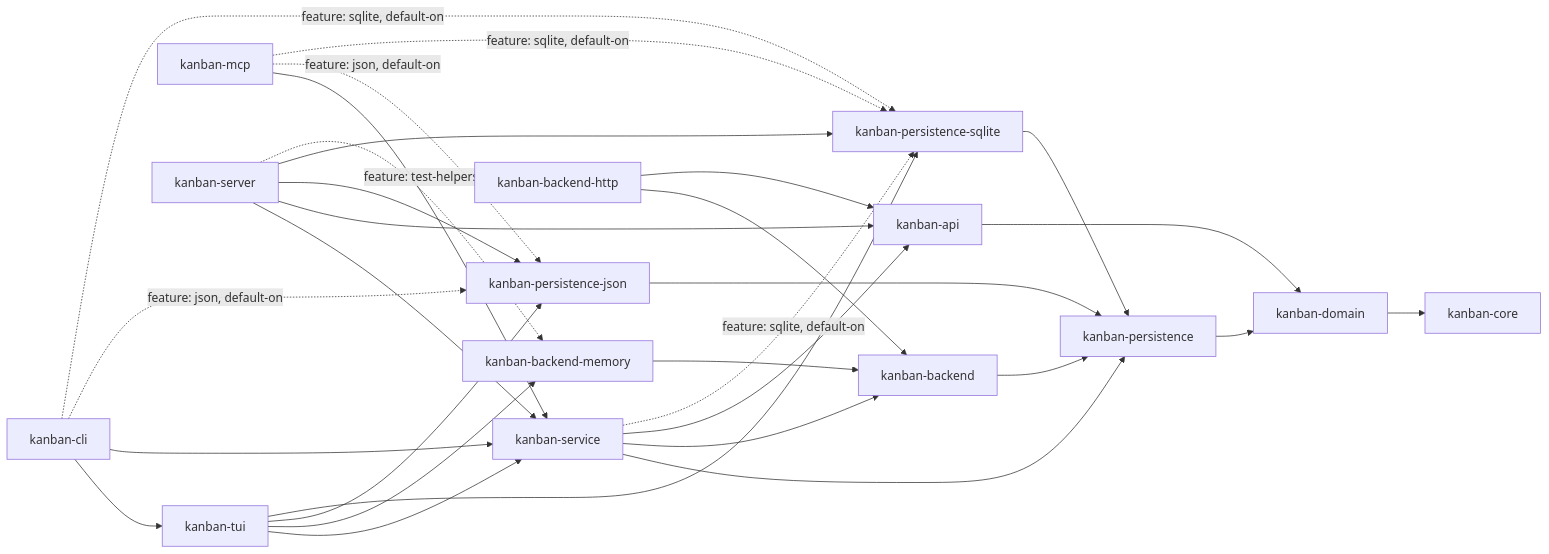
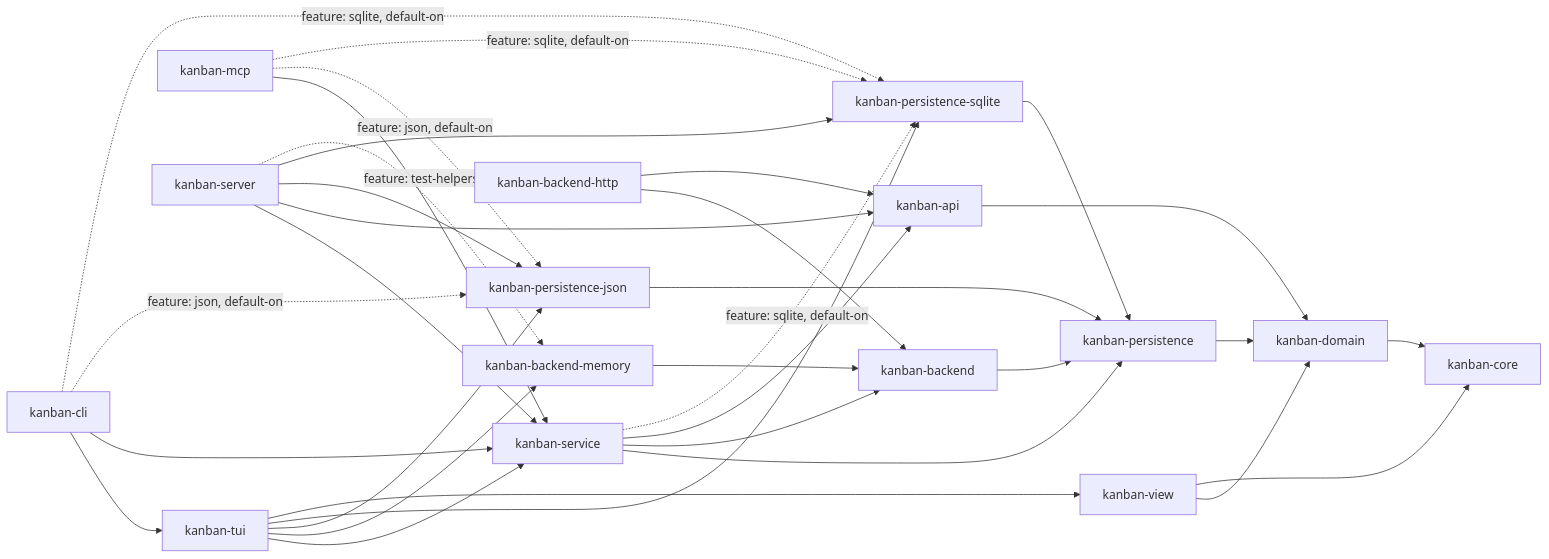
One commit to kanban-rs/kanban changed the diagram in CONTRIBUTING.md. Above: the diagram before and after it, drawn with Mermaid. The commit also changed other lines of this file, not shown here.

Commit message:
docs: add kanban-view to CONTRIBUTING.md's workspace tree and dependency diagram
A sixth review found CONTRIBUTING.md was never actually updated for
the new crate — round 3 fixed README.md and CLAUDE.md but only added
'view' to CONTRIBUTING.md's commit-scope example list, leaving the
workspace structure tree at 14 crates and the dependency-flow mermaid
without a kanban-view node or its TUI/DOM/CORE edges, despite the PR
description claiming CONTRIBUTING.md was fully updated.

````diff
--- a/CONTRIBUTING.md
+++ b/CONTRIBUTING.md
@@ -136,32 +137,35 @@
 ```mermaid
 graph LR
     CLI[kanban-cli] --> TUI[kanban-tui]
     CLI --> SVC[kanban-service]
     CLI -.->|feature: json, default-on| JSON[kanban-persistence-json]
     CLI -.->|feature: sqlite, default-on| SQL[kanban-persistence-sqlite]
     MCP[kanban-mcp] --> SVC
     MCP -.->|feature: json, default-on| JSON
     MCP -.->|feature: sqlite, default-on| SQL
     TUI --> SVC
     TUI --> MEM[kanban-backend-memory]
     TUI --> JSON
     TUI --> SQL
+    TUI --> VIEW[kanban-view]
+    VIEW --> DOM
+    VIEW --> CORE
     SRV[kanban-server] --> SVC
     SRV --> API[kanban-api]
     SRV --> JSON
     SRV --> SQL
     SRV -.->|feature: test-helpers| MEM
     SVC --> PER[kanban-persistence]
     SVC --> BE[kanban-backend]
     SVC --> API
     SVC -.->|feature: sqlite, default-on| SQL
     HTTP[kanban-backend-http] --> BE
     HTTP --> API
     MEM --> BE
     BE --> PER
     JSON --> PER
     SQL --> PER
     PER --> DOM[kanban-domain]
     API --> DOM
     DOM --> CORE[kanban-core]
 ```
````
